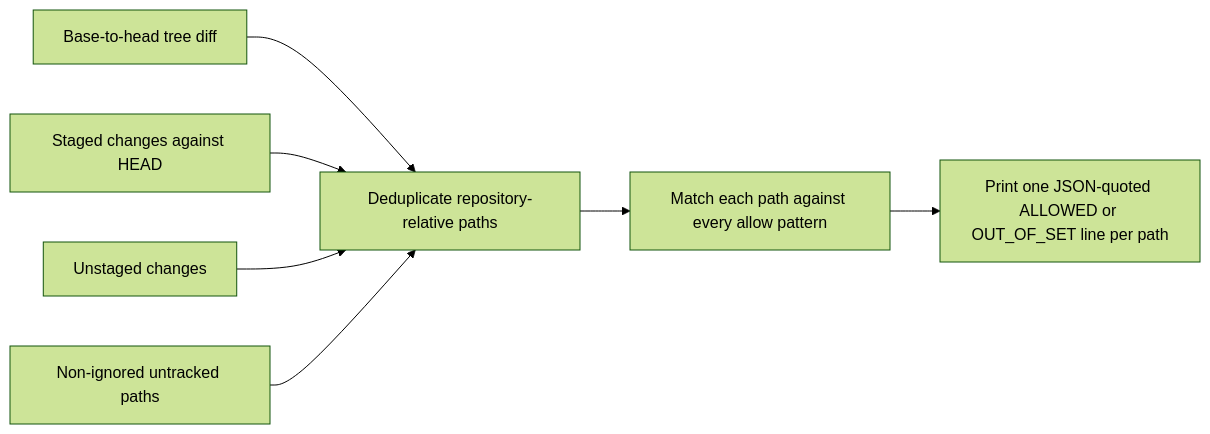
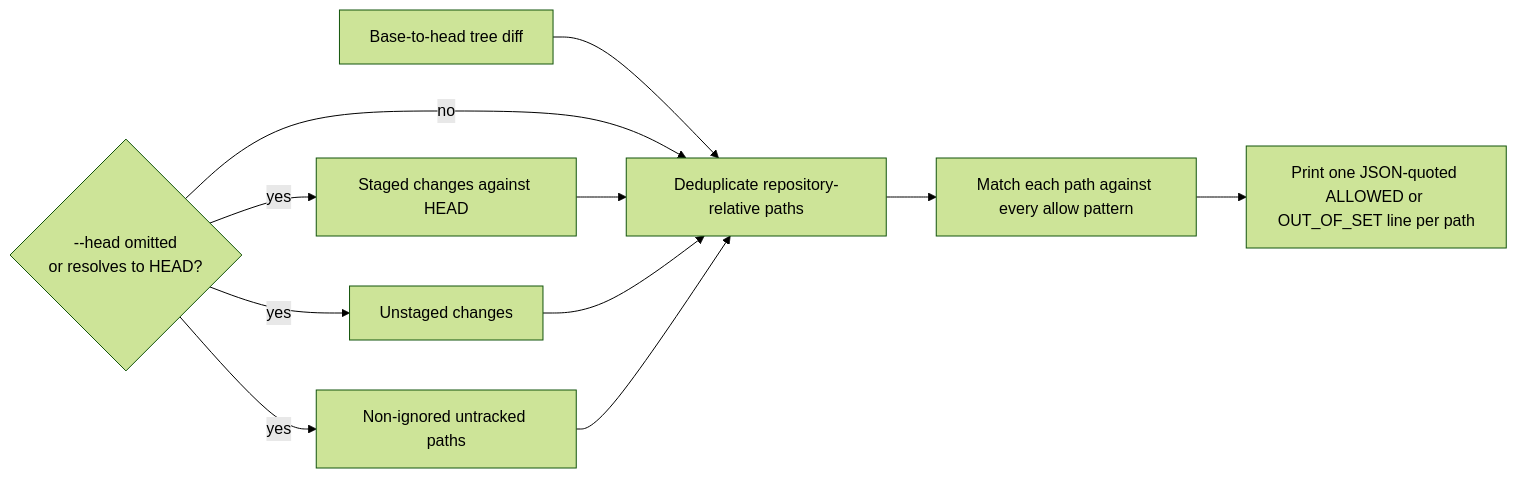
One commit to dyphn1/Harness-everything changed the diagram in docs/error-handling/details/c7-write-set-check.md. Above: the diagram before and after it, drawn with Mermaid (forest theme). The commit also changed other lines of this file and 2 other files, not shown here.

Commit message:
fix(scripts): check the write-set of the repository the command runs in
The checker always inspected its own repository and added that
worktree's dirty files, so a clean slice checked from another worktree
was rejected. Resolve the repository from the working directory and
include uncommitted paths only when checking the working tree.

Refs #402

Claude-Session: https://claude.ai/code/session_01RPz4xSXMwPreZWo1UFTWey

````diff
--- a/docs/error-handling/details/c7-write-set-check.md
+++ b/docs/error-handling/details/c7-write-set-check.md
@@ -24,9 +26,13 @@
 ```mermaid
 flowchart LR
     TREE["Base-to-head tree diff"] --> UNION["Deduplicate repository-relative paths"]
-    STAGED["Staged changes against HEAD"] --> UNION
-    UNSTAGED["Unstaged changes"] --> UNION
-    NEW["Non-ignored untracked paths"] --> UNION
+    MODE{"--head omitted<br/>or resolves to HEAD?"} -->|yes| STAGED["Staged changes against HEAD"]
+    MODE -->|yes| UNSTAGED["Unstaged changes"]
+    MODE -->|yes| NEW["Non-ignored untracked paths"]
+    MODE -->|no| UNION
+    STAGED --> UNION
+    UNSTAGED --> UNION
+    NEW --> UNION
     UNION --> MATCH["Match each path against every allow pattern"]
     MATCH --> OUT["Print one JSON-quoted ALLOWED or OUT_OF_SET line per path"]
 ```
````
